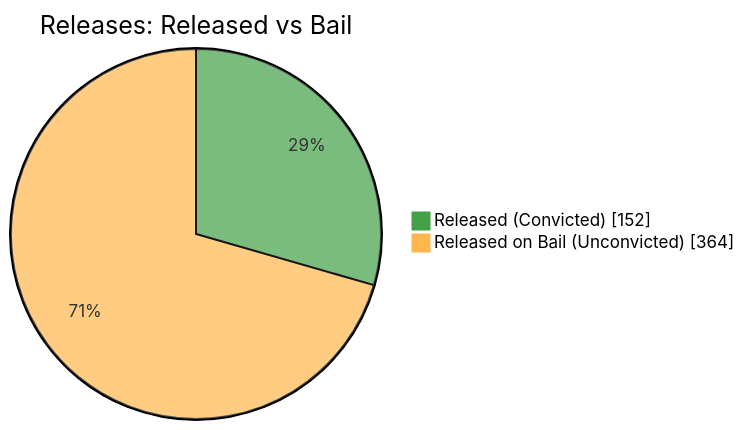
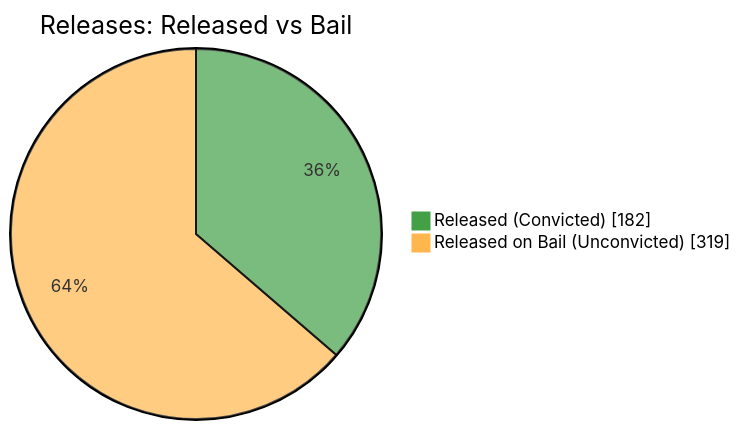
One commit to nuuuwan/lk_prisons changed the fifth of 7 diagrams in README.md. Above: the diagram before and after it, drawn with Mermaid. The commit also changed other lines of this file and 1 other file, not shown here.

````diff
--- a/README.md
+++ b/README.md
@@ -87,6 +87,6 @@
 ```mermaid
 %%{init: {'themeVariables': {'pie1': '#43A047', 'pie2': '#FFB74D'}}}%%
 pie showData title Releases: Released vs Bail
-    "Released (Convicted)" : 152
-    "Released on Bail (Unconvicted)" : 364
+    "Released (Convicted)" : 182
+    "Released on Bail (Unconvicted)" : 319
 ```
````
